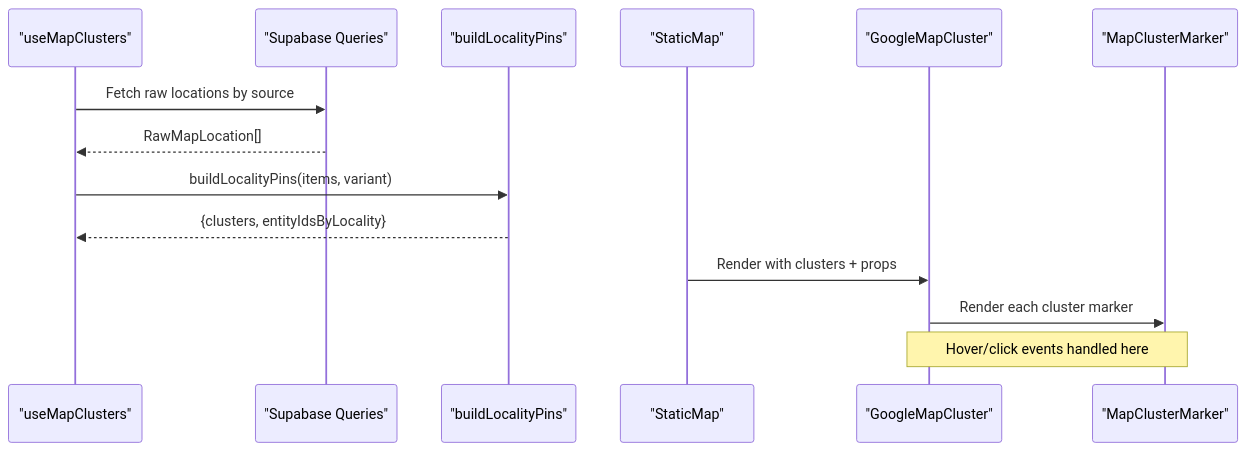
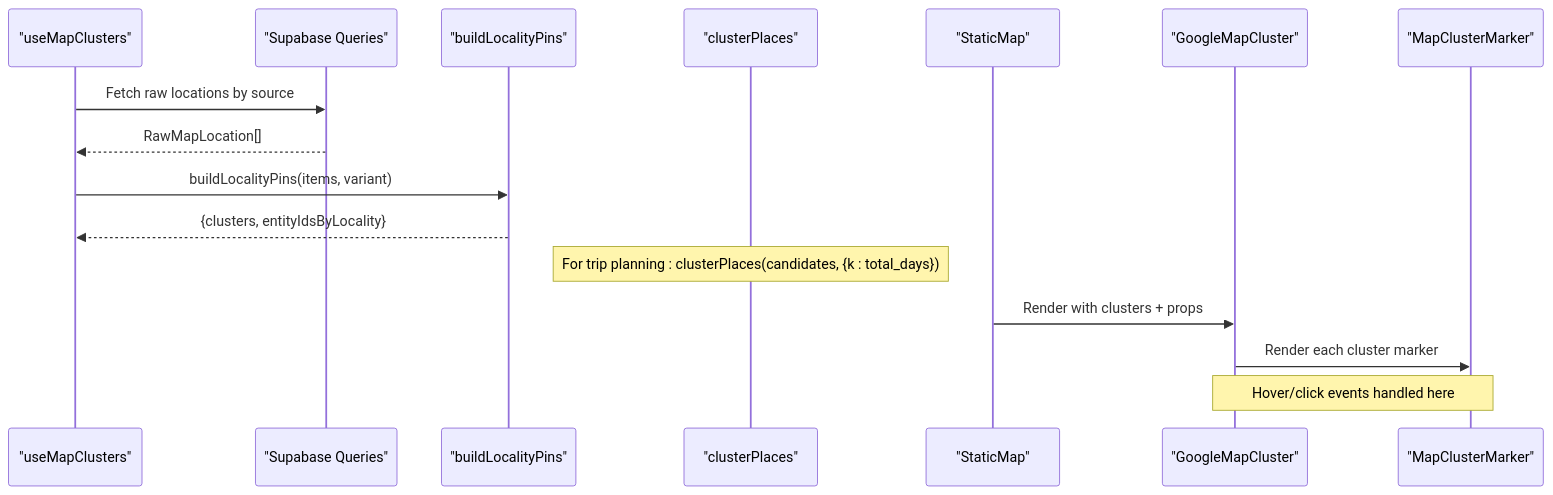
The second of 4 diagrams in .qoder/repowiki/en/content/Map Integration/Location Clustering System/Location Clustering System.md (Meaetin/alibaba-hackathon), drawn with Mermaid before and after one commit. The commit also changed other lines of this file and 211 other files, not shown here.

````diff
--- a/.qoder/repowiki/en/content/Map Integration/Location Clustering System/Location Clustering System.md
+++ b/.qoder/repowiki/en/content/Map Integration/Location Clustering System/Location Clustering System.md
@@ -89,16 +115,18 @@
 ```mermaid
 sequenceDiagram
 participant Hook as "useMapClusters"
 participant DB as "Supabase Queries"
 participant Group as "buildLocalityPins"
+participant Cluster as "clusterPlaces"
 participant View as "StaticMap"
 participant Map as "GoogleMapCluster"
 participant Marker as "MapClusterMarker"
 Hook->>DB : Fetch raw locations by source
 DB-->>Hook : RawMapLocation[]
 Hook->>Group : buildLocalityPins(items, variant)
 Group-->>Hook : {clusters, entityIdsByLocality}
+Note over Cluster : For trip planning : clusterPlaces(candidates, {k : total_days})
 View->>Map : Render with clusters + props
 Map->>Marker : Render each cluster marker
 Note over Map,Marker : Hover/click events handled here
 ```
````
